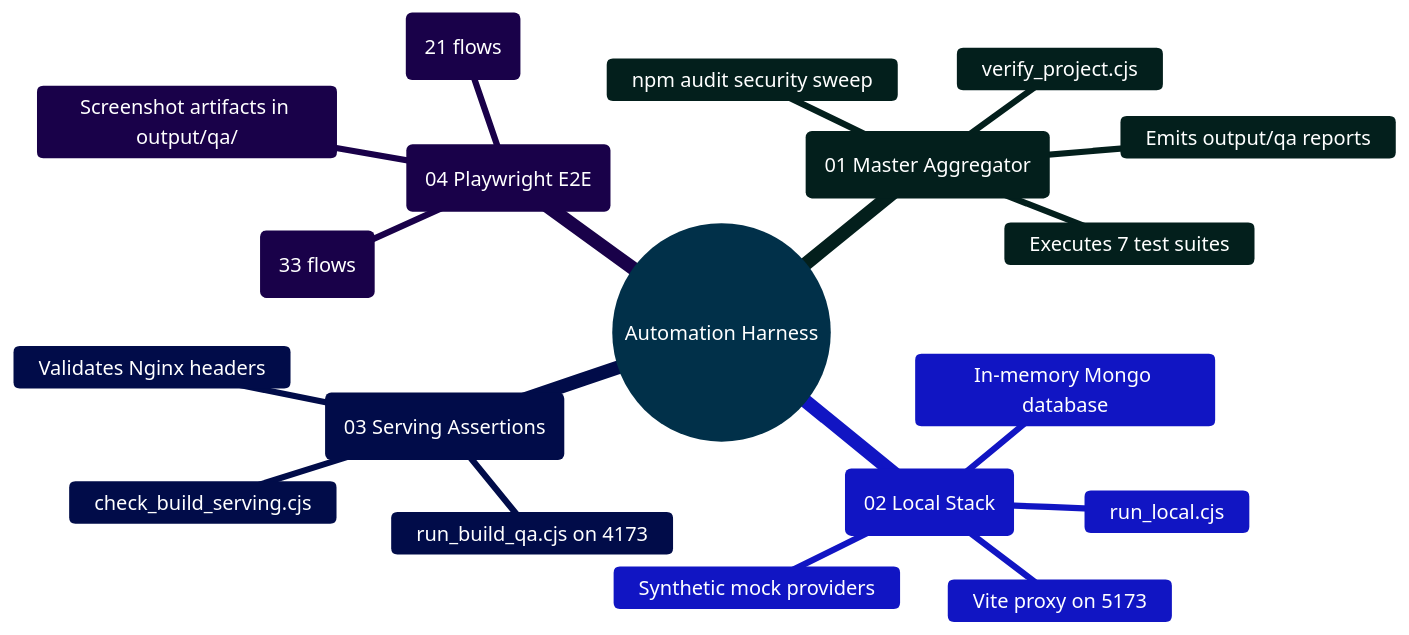
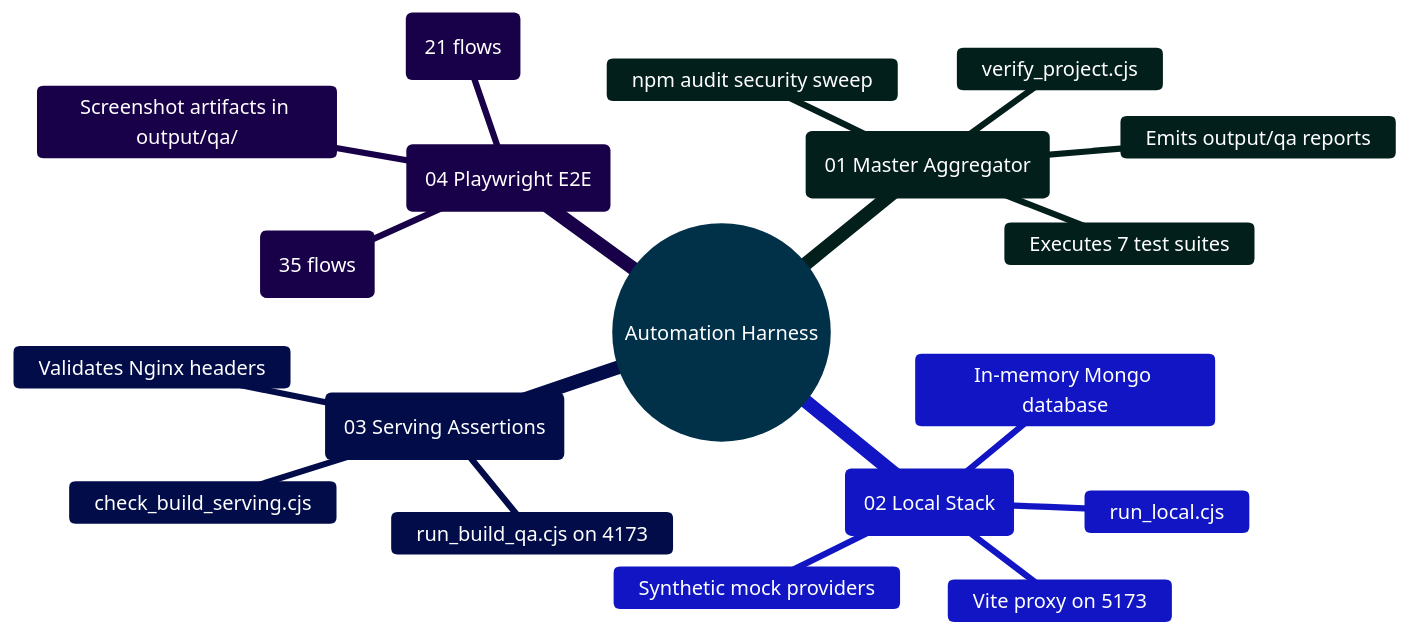
One commit to Ganesh172919/React-App-LLM changed the diagram in scripts/README.md. Above: the diagram before and after it, drawn with Mermaid. The commit also changed other lines of this file and 70 other files, not shown here.

````diff
--- a/scripts/README.md
+++ b/scripts/README.md
@@ -54,28 +54,28 @@
 ```mermaid
 %%{init: {'theme': 'base', 'themeVariables': { 'primaryColor': '#0284c7', 'primaryTextColor': '#ffffff', 'primaryBorderColor': '#0369a1', 'lineColor': '#0284c7', 'secondaryColor': '#0d9488', 'tertiaryColor': '#6366f1' }}}%%
 mindmap
   root((Automation Harness))
     ::icon(fa fa-gears)
     (01 Master Aggregator)
       ::icon(fa fa-play)
       verify_project.cjs
       Executes 7 test suites
       npm audit security sweep
       Emits output/qa reports
     (02 Local Stack)
       ::icon(fa fa-laptop-code)
       run_local.cjs
       In-memory Mongo database
       Synthetic mock providers
       Vite proxy on 5173
     (03 Serving Assertions)
       ::icon(fa fa-shield-halved)
       check_build_serving.cjs
       Validates Nginx headers
       run_build_qa.cjs on 4173
     (04 Playwright E2E)
       ::icon(fa fa-browser)
       browser_smoke.cjs (21 flows)
-      browser_verify_dark_and_tools (33 flows)
+      browser_verify_dark_and_tools (35 flows)
       Screenshot artifacts in output/qa/
 ```
````
